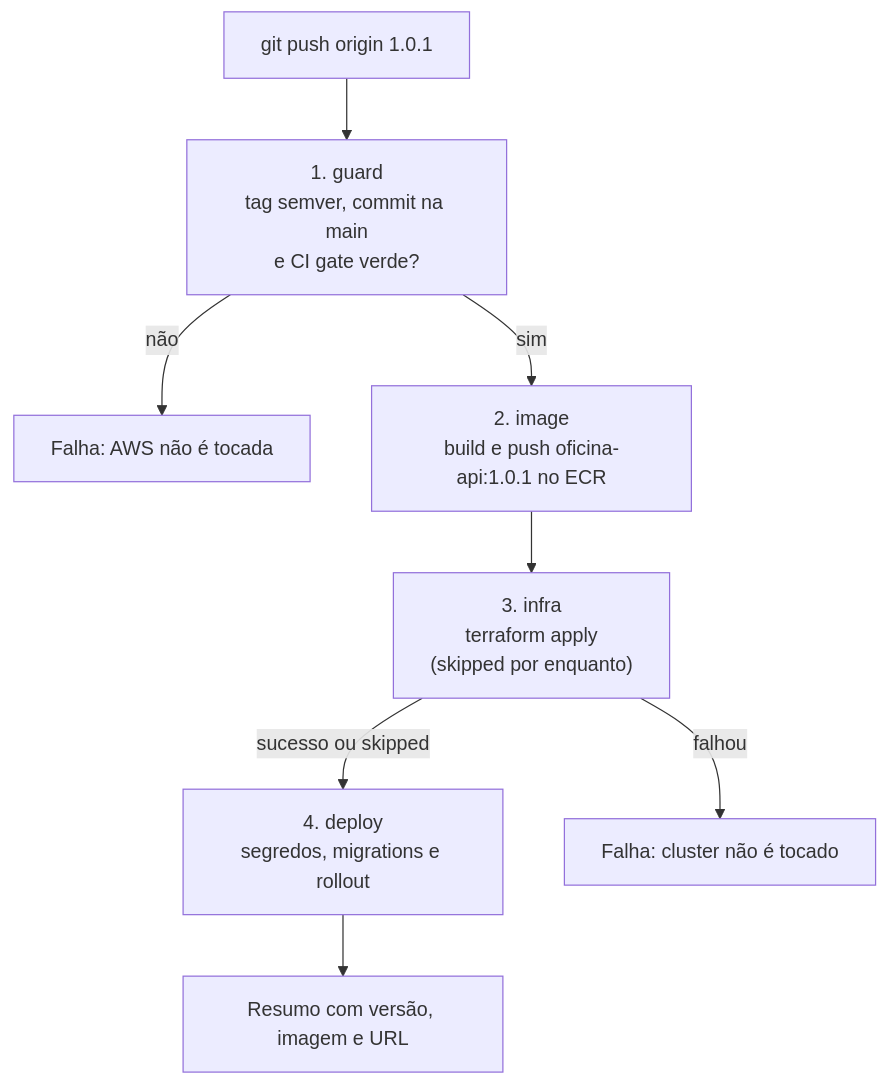
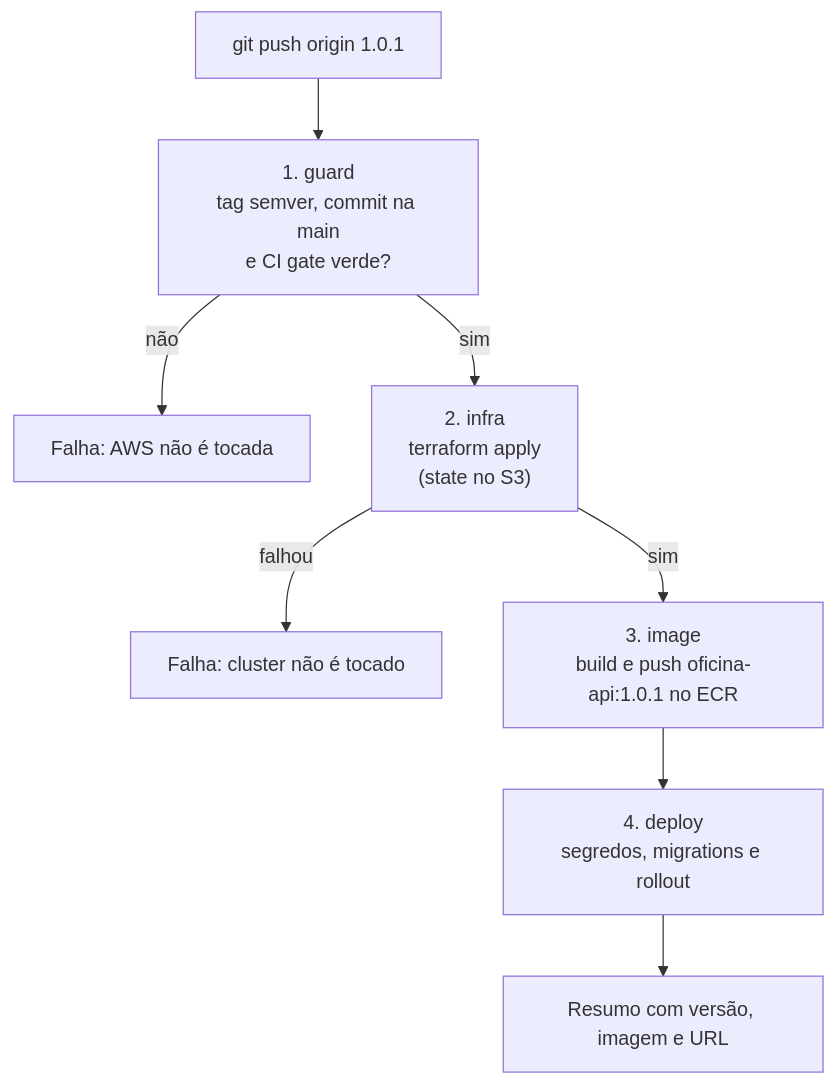
One commit to muriloperosa/soat-architecture changed the third of 4 diagrams in docs/CI_CD.md. Above: the diagram before and after it, drawn with Mermaid. The commit also changed other lines of this file and 31 other files, not shown here.

````diff
--- a/docs/CI_CD.md
+++ b/docs/CI_CD.md
@@ -182,10 +182,10 @@
 ```mermaid
 flowchart TD
     TAG["git push origin 1.0.1"] --> GUARD["1. guard<br/>tag semver, commit na main<br/>e CI gate verde?"]
     GUARD -->|não| STOP1[Falha: AWS não é tocada]
-    GUARD -->|sim| IMG["2. image<br/>build e push oficina-api:1.0.1 no ECR"]
-    IMG --> TF["3. infra<br/>terraform apply<br/>(skipped por enquanto)"]
-    TF -->|sucesso ou skipped| DEP["4. deploy<br/>segredos, migrations e rollout"]
+    GUARD -->|sim| TF["2. infra<br/>terraform apply<br/>(state no S3)"]
     TF -->|falhou| STOP2[Falha: cluster não é tocado]
+    TF -->|sim| IMG["3. image<br/>build e push oficina-api:1.0.1 no ECR"]
+    IMG --> DEP["4. deploy<br/>segredos, migrations e rollout"]
     DEP --> OK["Resumo com versão, imagem e URL"]
 ```
````
